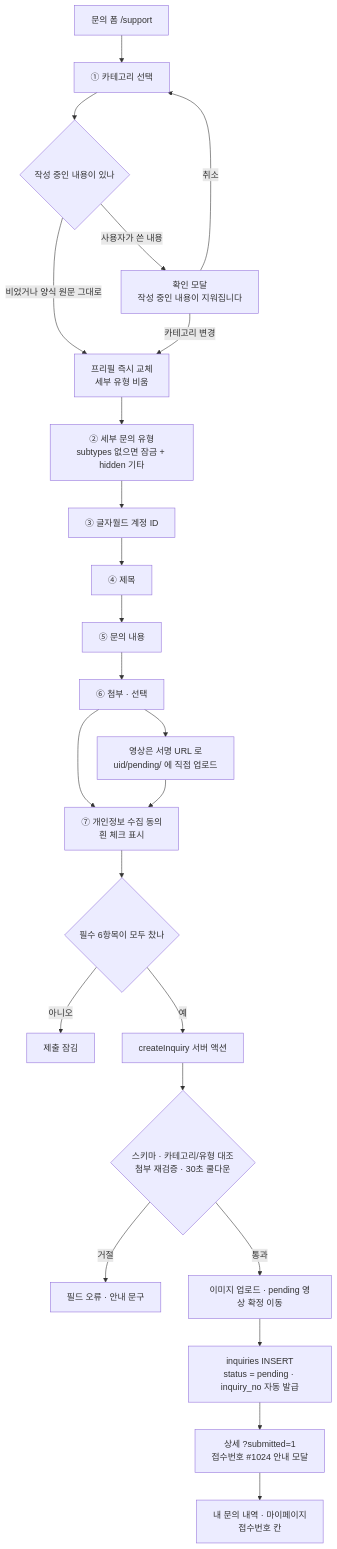
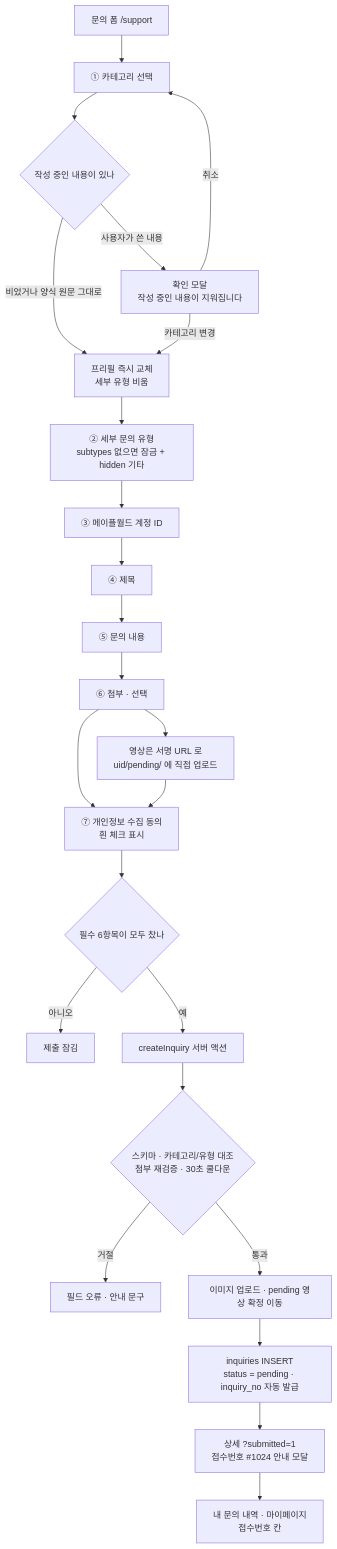
The first of 2 diagrams in docs/admin/INQUIRY-CHANGELOG.md (GoodBlock-Nill/maple), drawn with Mermaid before and after one commit. The commit also changed other lines of this file and 8 other files, not shown here.

First line of the commit message:
fix(support): 문의 접수 폼 라벨 "글자월드 계정 ID" → "메이플월드 계정 ID"

````diff
--- a/docs/admin/INQUIRY-CHANGELOG.md
+++ b/docs/admin/INQUIRY-CHANGELOG.md
@@ -197,25 +197,25 @@
 ```mermaid
 flowchart TD
     F["문의 폼 /support"] --> C["① 카테고리 선택"]
     C --> P{"작성 중인 내용이 있나"}
     P -->|"비었거나 양식 원문 그대로"| PF["프리필 즉시 교체<br/>세부 유형 비움"]
     P -->|"사용자가 쓴 내용"| CD["확인 모달<br/>작성 중인 내용이 지워집니다"]
     CD -->|"카테고리 변경"| PF
     CD -->|"취소"| C
     PF --> T["② 세부 문의 유형<br/>subtypes 없으면 잠금 + hidden 기타"]
-    T --> ID["③ 글자월드 계정 ID"]
+    T --> ID["③ 메이플월드 계정 ID"]
     ID --> TI["④ 제목"] --> CT["⑤ 문의 내용"]
     CT --> AT["⑥ 첨부 · 선택"]
     AT --> VID["영상은 서명 URL 로<br/>uid/pending/ 에 직접 업로드"]
     AT --> AG["⑦ 개인정보 수집 동의<br/>흰 체크 표시"]
     VID --> AG
     AG --> SB{"필수 6항목이 모두 찼나"}
     SB -->|"아니오"| LK["제출 잠김"]
     SB -->|"예"| SV["createInquiry 서버 액션"]
     SV --> V{"스키마 · 카테고리/유형 대조<br/>첨부 재검증 · 30초 쿨다운"}
     V -->|"거절"| ERR["필드 오류 · 안내 문구"]
     V -->|"통과"| MV["이미지 업로드 · pending 영상 확정 이동"]
     MV --> INS["inquiries INSERT<br/>status = pending · inquiry_no 자동 발급"]
     INS --> OK["상세 ?submitted=1<br/>접수번호 #1024 안내 모달"]
     OK --> LIST["내 문의 내역 · 마이페이지<br/>접수번호 칸"]
 ```
````
